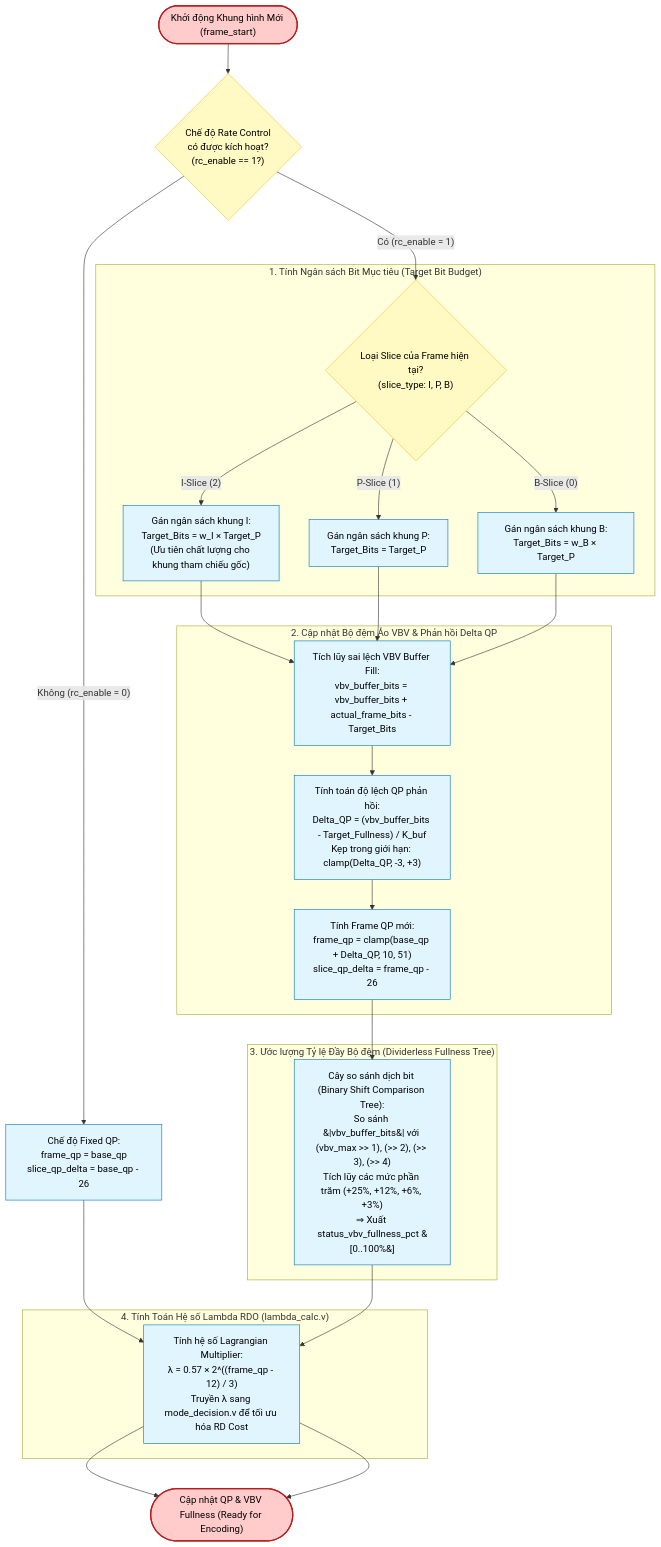
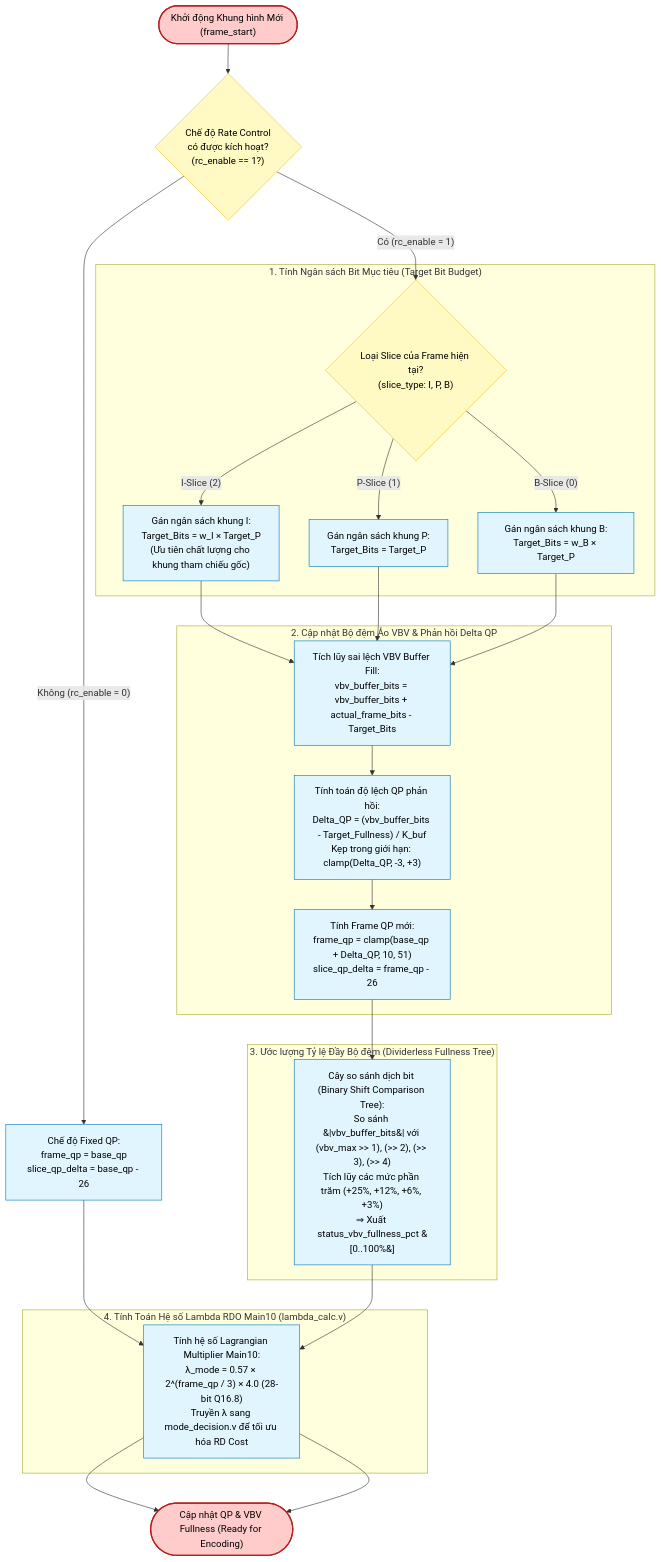
One commit to minh-tb/hevc_hw_encoder changed the diagram in docs/bif_modules/rate_controller_flowchart.md. Above: the diagram before and after it, drawn with Mermaid. The commit also changed 22 other files, not shown here.

````diff
--- a/docs/bif_modules/rate_controller_flowchart.md
+++ b/docs/bif_modules/rate_controller_flowchart.md
@@ -27,58 +27,58 @@
 ```mermaid
 flowchart TD
     %% Node Styling
     classDef startend fill:#ffcccb,stroke:#b71c1c,stroke-width:2px,color:#000;
     classDef process fill:#e1f5fe,stroke:#0277bd,stroke-width:1px,color:#000;
     classDef decision fill:#fff9c4,stroke:#fbc02d,stroke-width:1px,color:#000;
     classDef storage fill:#dcedc8,stroke:#33691e,stroke-width:1px,color:#000;
 
     Start(["Khởi động Khung hình Mới (frame_start)"])
     End(["Cập nhật QP & VBV Fullness (Ready for Encoding)"])
 
     %% Check Enable
     CheckRC{"Chế độ Rate Control<br/>có được kích hoạt?<br/>(rc_enable == 1?)"}
     UseBaseQP["Chế độ Fixed QP:<br/>frame_qp = base_qp<br/>slice_qp_delta = base_qp - 26"]
 
     %% Frame Budget Calculation
     subgraph Budget_Stage ["1. Tính Ngân sách Bit Mục tiêu (Target Bit Budget)"]
         CheckSliceType{"Loại Slice của Frame hiện tại?<br/>(slice_type: I, P, B)"}
         CalcBudgetI["Gán ngân sách khung I:<br/>Target_Bits = w_I &times; Target_P<br/>(Ưu tiên chất lượng cho khung tham chiếu gốc)"]
         CalcBudgetP["Gán ngân sách khung P:<br/>Target_Bits = Target_P"]
         CalcBudgetB["Gán ngân sách khung B:<br/>Target_Bits = w_B &times; Target_P"]
     end
 
     %% VBV Feedback
     subgraph VBV_Stage ["2. Cập nhật Bộ đệm Ảo VBV & Phản hồi Delta QP"]
         UpdateVBV["Tích lũy sai lệch VBV Buffer Fill:<br/>vbv_buffer_bits = vbv_buffer_bits + actual_frame_bits - Target_Bits"]
 
         CalcDeltaQP["Tính toán độ lệch QP phản hồi:<br/>Delta_QP = (vbv_buffer_bits - Target_Fullness) / K_buf<br/>Kẹp trong giới hạn: clamp(Delta_QP, -3, +3)"]
 
         UpdateFrameQP["Tính Frame QP mới:<br/>frame_qp = clamp(base_qp + Delta_QP, 10, 51)<br/>slice_qp_delta = frame_qp - 26"]
     end
 
     %% Shift Tree Fullness
     subgraph Shift_Tree ["3. Ước lượng Tỷ lệ Đầy Bộ đệm (Dividerless Fullness Tree)"]
         TreeComp["Cây so sánh dịch bit (Binary Shift Comparison Tree):<br/>So sánh &#124;vbv_buffer_bits&#124; với (vbv_max &gt;&gt; 1), (&gt;&gt; 2), (&gt;&gt; 3), (&gt;&gt; 4)<br/>Tích lũy các mức phần trăm (+25%, +12%, +6%, +3%)<br/>&rArr; Xuất status_vbv_fullness_pct &#91;0..100%&#93;"]
     end
 
     %% Lambda Derivation
-    subgraph Lambda_Stage ["4. Tính Toán Hệ số Lambda RDO (lambda_calc.v)"]
-        CalcLambda["Tính hệ số Lagrangian Multiplier:<br/>&lambda; = 0.57 &times; 2^((frame_qp - 12) / 3)<br/>Truyền &lambda; sang mode_decision.v để tối ưu hóa RD Cost"]
+    subgraph Lambda_Stage ["4. Tính Toán Hệ số Lambda RDO Main10 (lambda_calc.v)"]
+        CalcLambda["Tính hệ số Lagrangian Multiplier Main10:<br/>&lambda;_mode = 0.57 &times; 2^(frame_qp / 3) &times; 4.0 (28-bit Q16.8)<br/>Truyền &lambda; sang mode_decision.v để tối ưu hóa RD Cost"]
     end
 
     %% Stream Connections
     Start --> CheckRC
     CheckRC -- "Không (rc_enable = 0)" --> UseBaseQP --> CalcLambda --> End
     CheckRC -- "Có (rc_enable = 1)" --> CheckSliceType
 
     CheckSliceType -- "I-Slice (2)" --> CalcBudgetI --> UpdateVBV
     CheckSliceType -- "P-Slice (1)" --> CalcBudgetP --> UpdateVBV
     CheckSliceType -- "B-Slice (0)" --> CalcBudgetB --> UpdateVBV
 
     UpdateVBV --> CalcDeltaQP --> UpdateFrameQP --> TreeComp --> CalcLambda --> End
 
     %% Styling
     class Start,End startend;
     class UseBaseQP,CalcBudgetI,CalcBudgetP,CalcBudgetB,UpdateVBV,CalcDeltaQP,UpdateFrameQP,TreeComp,CalcLambda process;
     class CheckRC,CheckSliceType decision;
 ```
````
